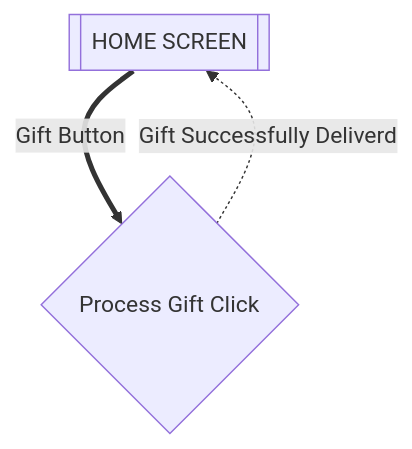
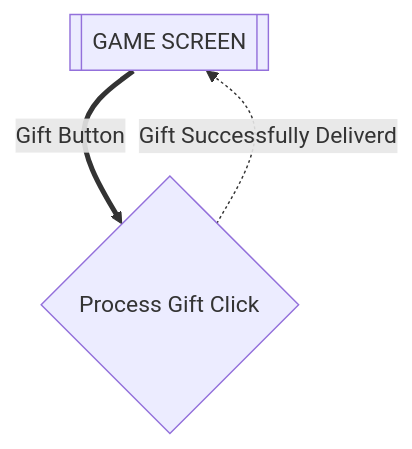
The first of 2 diagrams in flows.md (umangmehta0007/Clicker), drawn with Mermaid before and after one commit. The commit also changed other lines of this file and 2 other files, not shown here.

````diff
--- a/flows.md
+++ b/flows.md
@@ -13,12 +13,12 @@
 ```mermaid
 
 flowchart
         
-    hs[[HOME SCREEN]]
+    hs[[GAME SCREEN]]
     clicked{Process Gift Click}
     
     hs == Gift Button ==> clicked
     clicked -.Gift Successfully Deliverd.->hs
     
     
 ```
````
